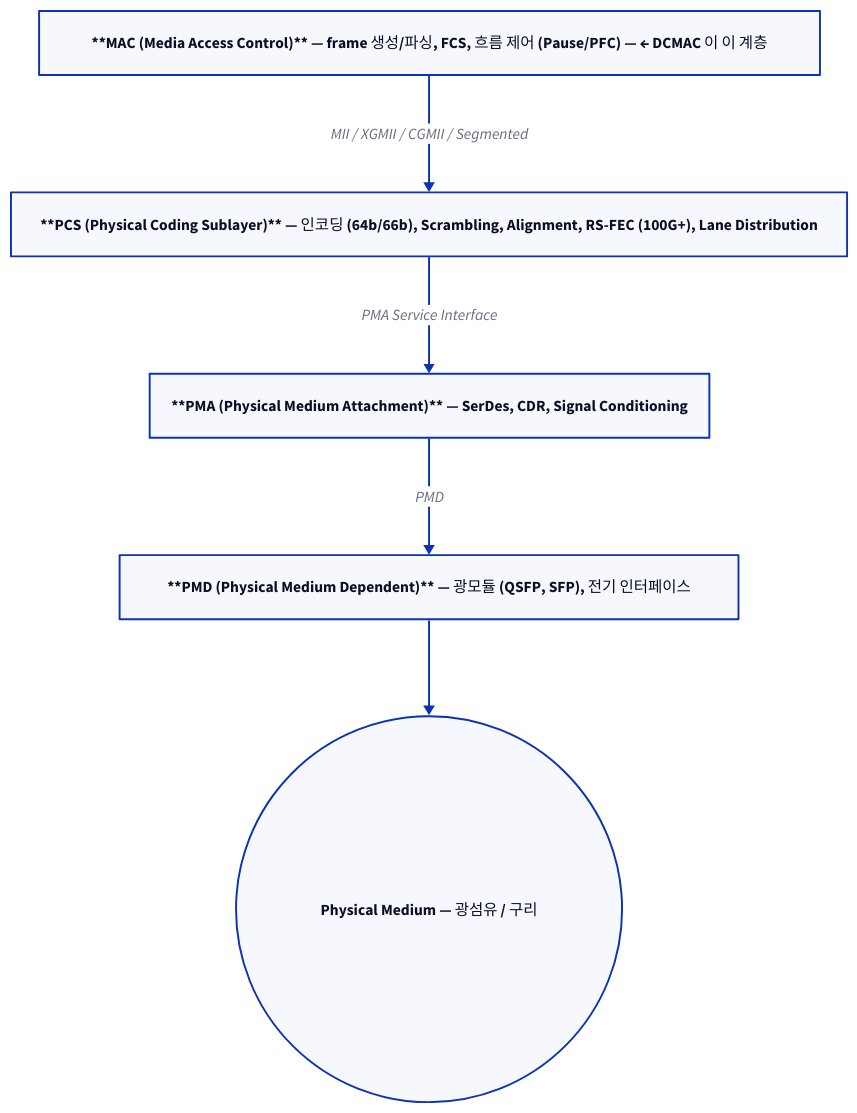
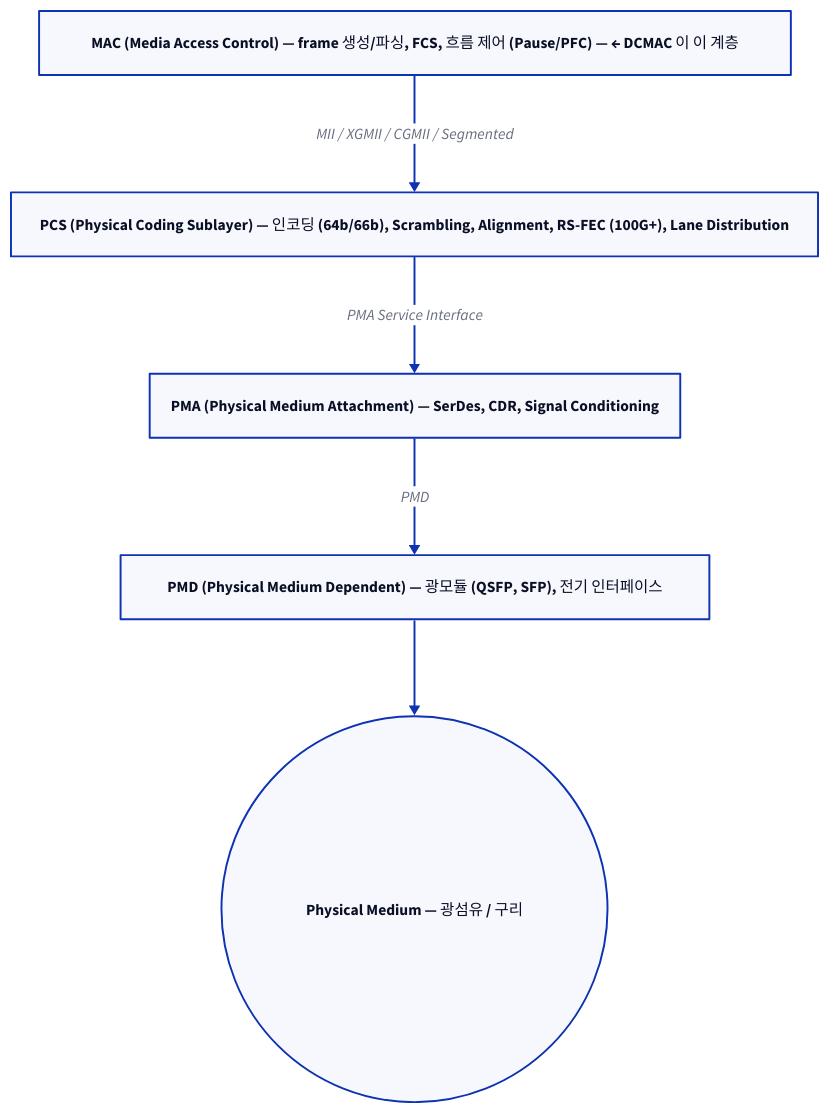
Before and after one commit to humbleowl39/DV_SKOOL: the fourth of 7 diagrams in starlight_site/src/content/docs/ethernet_dcmac/01_ethernet_fundamentals.md, drawn with D2. The commit also changed other lines of this file and 714 other files, not shown here.

First line of the commit message:
fix(site): d2 다이어그램 가독성 결함 6종 일괄 수정

````diff
--- a/starlight_site/src/content/docs/ethernet_dcmac/01_ethernet_fundamentals.md
+++ b/starlight_site/src/content/docs/ethernet_dcmac/01_ethernet_fundamentals.md
@@ -155,13 +155,13 @@
 ```d2
 direction: down
 
-MAC: "**MAC (Media Access Control)** — frame 생성/파싱, FCS, 흐름 제어 (Pause/PFC) — ← DCMAC 이 이 계층"
-PCS: "**PCS (Physical Coding Sublayer)** — 인코딩 (64b/66b), Scrambling, Alignment, RS-FEC (100G+), Lane Distribution"
-PMA: "**PMA (Physical Medium Attachment)** — SerDes, CDR, Signal Conditioning"
-PMD: "**PMD (Physical Medium Dependent)** — 광모듈 (QSFP, SFP), 전기 인터페이스"
+MAC: "MAC (Media Access Control) — frame 생성/파싱, FCS, 흐름 제어 (Pause/PFC) — ← DCMAC 이 이 계층"
+PCS: "PCS (Physical Coding Sublayer) — 인코딩 (64b/66b), Scrambling, Alignment, RS-FEC (100G+), Lane Distribution"
+PMA: "PMA (Physical Medium Attachment) — SerDes, CDR, Signal Conditioning"
+PMD: "PMD (Physical Medium Dependent) — 광모듈 (QSFP, SFP), 전기 인터페이스"
 MED: "Physical Medium — 광섬유 / 구리" { shape: circle }
 MAC -> PCS: "MII / XGMII / CGMII / Segmented"
 PCS -> PMA: "PMA Service Interface"
 PMA -> PMD: "PMD"
 PMD -> MED
 ```
````
